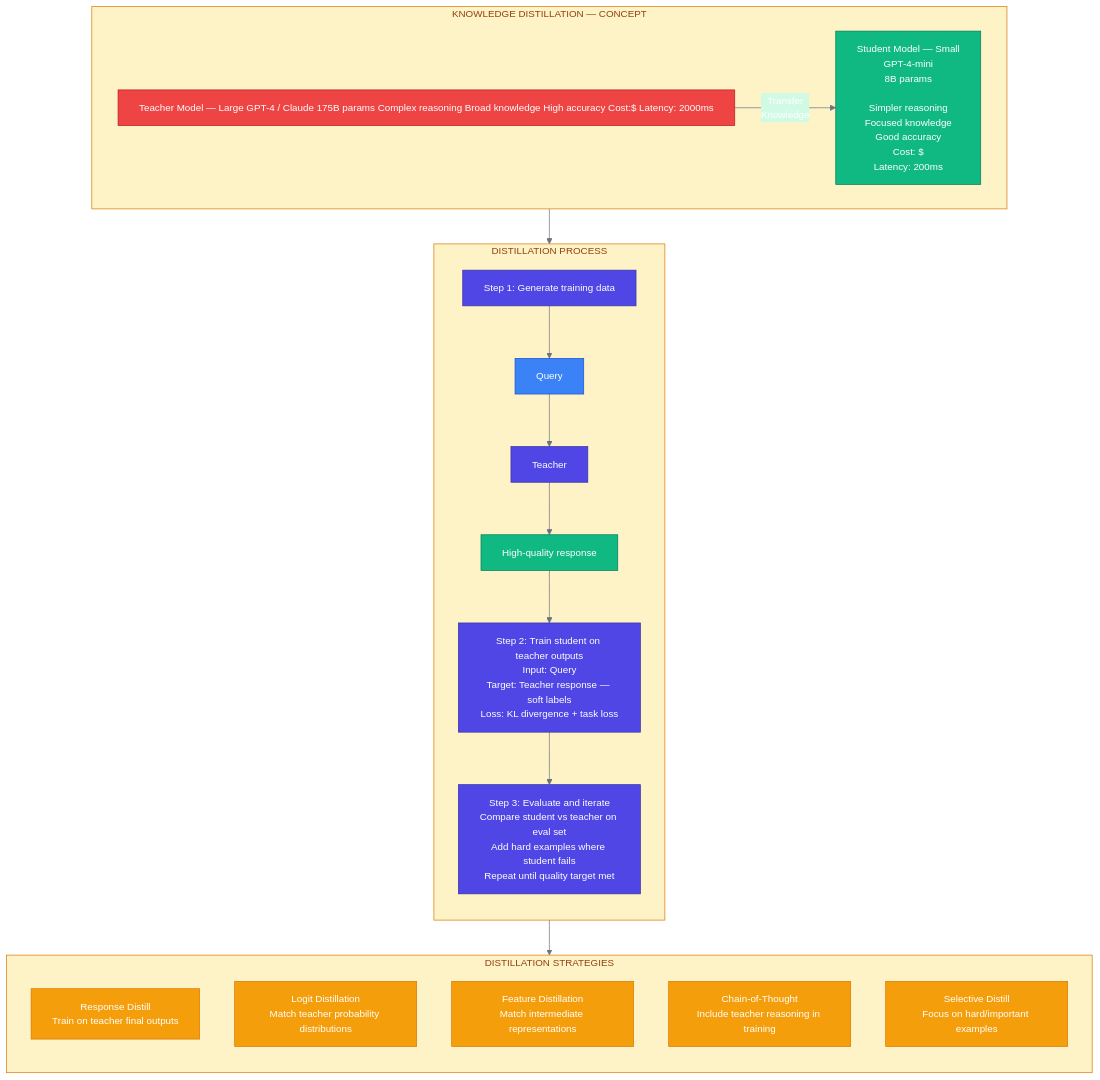
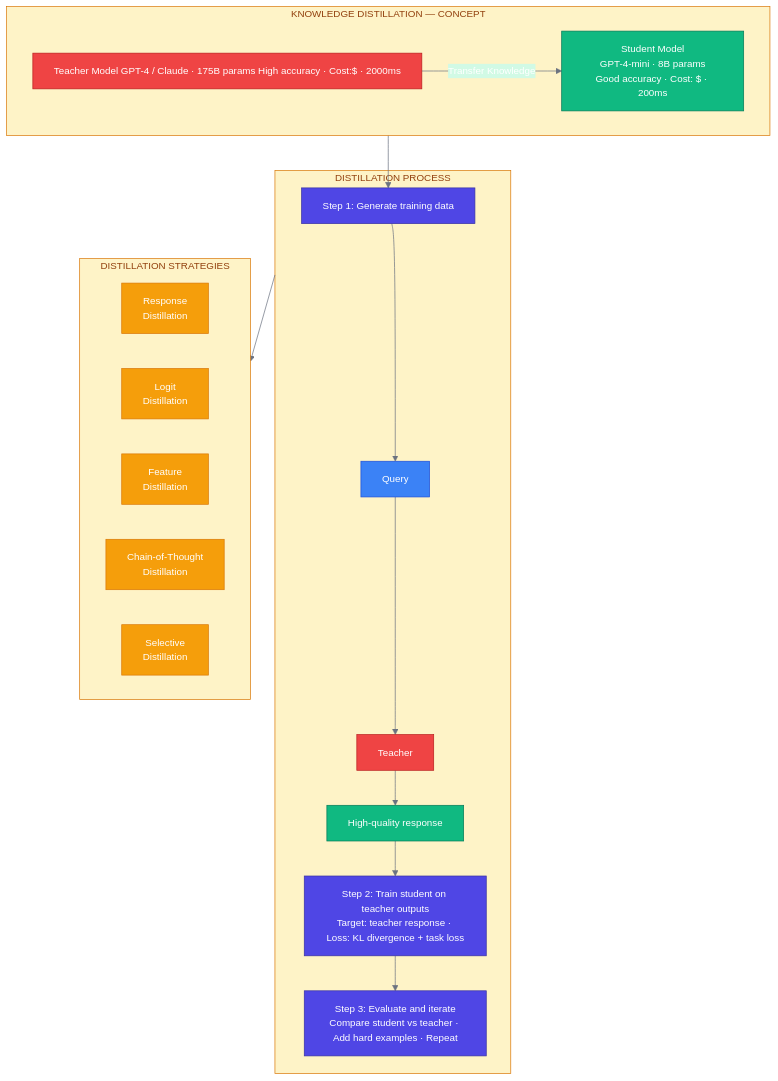
The third of 5 diagrams in course-notes/07-week7-optimization.md (gheniabla/BuildingProductionAISystems), drawn with Mermaid before and after one commit.

Commit message:
Fix broken Knowledge Distillation diagram in week7 notes
Rewrite the process subgraph to use a clean sequential flow instead of
mixing standalone node definitions with inline chains, which broke the
mermaid renderer. Also simplify node labels and make strategies horizontal.

````diff
--- a/course-notes/07-week7-optimization.md
+++ b/course-notes/07-week7-optimization.md
@@ -224,46 +224,41 @@
 ```mermaid
 %%{init: {'theme': 'base', 'themeVariables': {'primaryColor': '#4F46E5', 'primaryTextColor': '#FFFFFF', 'primaryBorderColor': '#3730A3', 'secondaryColor': '#D1FAE5', 'secondaryTextColor': '#065F46', 'secondaryBorderColor': '#059669', 'tertiaryColor': '#FEF3C7', 'tertiaryTextColor': '#92400E', 'tertiaryBorderColor': '#D97706', 'lineColor': '#6B7280', 'textColor': '#1F2937', 'fontSize': '14px'}}}%%
-flowchart TB
+flowchart TD
     subgraph concept ["KNOWLEDGE DISTILLATION — CONCEPT"]
         direction LR
-        teacher["Teacher Model — Large<br/>GPT-4 / Claude<br/>175B params<br/><br/>Complex reasoning<br/>Broad knowledge<br/>High accuracy<br/>Cost: $$$$$<br/>Latency: 2000ms"]
-        student["Student Model — Small<br/>GPT-4-mini<br/>8B params<br/><br/>Simpler reasoning<br/>Focused knowledge<br/>Good accuracy<br/>Cost: $<br/>Latency: 200ms"]
-        teacher -- "Transfer<br/>Knowledge" --> student
+        teacher["Teacher Model<br/>GPT-4 / Claude · 175B params<br/>High accuracy · Cost: $$$$$ · 2000ms"]
+        student["Student Model<br/>GPT-4-mini · 8B params<br/>Good accuracy · Cost: $ · 200ms"]
+        teacher -- "Transfer Knowledge" --> student
     end
 
+    concept --> step1
+
     subgraph process ["DISTILLATION PROCESS"]
-        direction TB
-        step1["Step 1: Generate training data"]
-        query["Query"] --> teacherLLM["Teacher"] --> response["High-quality response"]
-        step2["Step 2: Train student on teacher outputs<br/>Input: Query<br/>Target: Teacher response — soft labels<br/>Loss: KL divergence + task loss"]
-        step3["Step 3: Evaluate and iterate<br/>Compare student vs teacher on eval set<br/>Add hard examples where student fails<br/>Repeat until quality target met"]
-        step1 --> query
-        response --> step2 --> step3
+        step1["Step 1: Generate training data"]:::service
+        step1 --> query["Query"]:::client
+        query --> teacherLLM["Teacher"]:::gateway
+        teacherLLM --> response["High-quality response"]:::data
+        response --> step2["Step 2: Train student on teacher outputs<br/>Target: teacher response · Loss: KL divergence + task loss"]:::service
+        step2 --> step3["Step 3: Evaluate and iterate<br/>Compare student vs teacher · Add hard examples · Repeat"]:::service
     end
 
+    process --> strategies
+
     subgraph strategies ["DISTILLATION STRATEGIES"]
-        direction TB
-        s1["Response Distill<br/>Train on teacher final outputs"]
-        s2["Logit Distillation<br/>Match teacher probability distributions"]
-        s3["Feature Distillation<br/>Match intermediate representations"]
-        s4["Chain-of-Thought<br/>Include teacher reasoning in training"]
-        s5["Selective Distill<br/>Focus on hard/important examples"]
+        direction LR
+        s1["Response<br/>Distillation"]:::external
+        s2["Logit<br/>Distillation"]:::external
+        s3["Feature<br/>Distillation"]:::external
+        s4["Chain-of-Thought<br/>Distillation"]:::external
+        s5["Selective<br/>Distillation"]:::external
     end
-
-    concept --> process --> strategies
 
     classDef client fill:#3B82F6,stroke:#1D4ED8,color:#FFFFFF
     classDef gateway fill:#EF4444,stroke:#B91C1C,color:#FFFFFF
     classDef service fill:#4F46E5,stroke:#3730A3,color:#FFFFFF
     classDef data fill:#10B981,stroke:#047857,color:#FFFFFF
     classDef external fill:#F59E0B,stroke:#D97706,color:#FFFFFF
-    classDef observability fill:#8B5CF6,stroke:#6D28D9,color:#FFFFFF
 
     class teacher gateway
     class student data
-    class query client
-    class teacherLLM service
-    class response data
-    class step1,step2,step3 service
-    class s1,s2,s3,s4,s5 external
 ```
````
